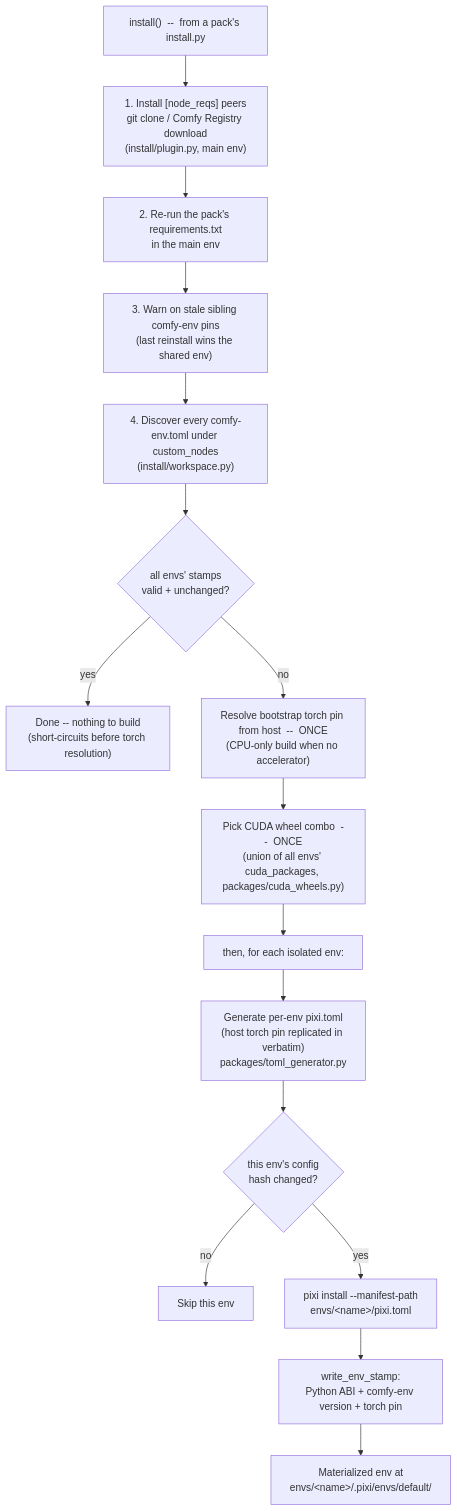
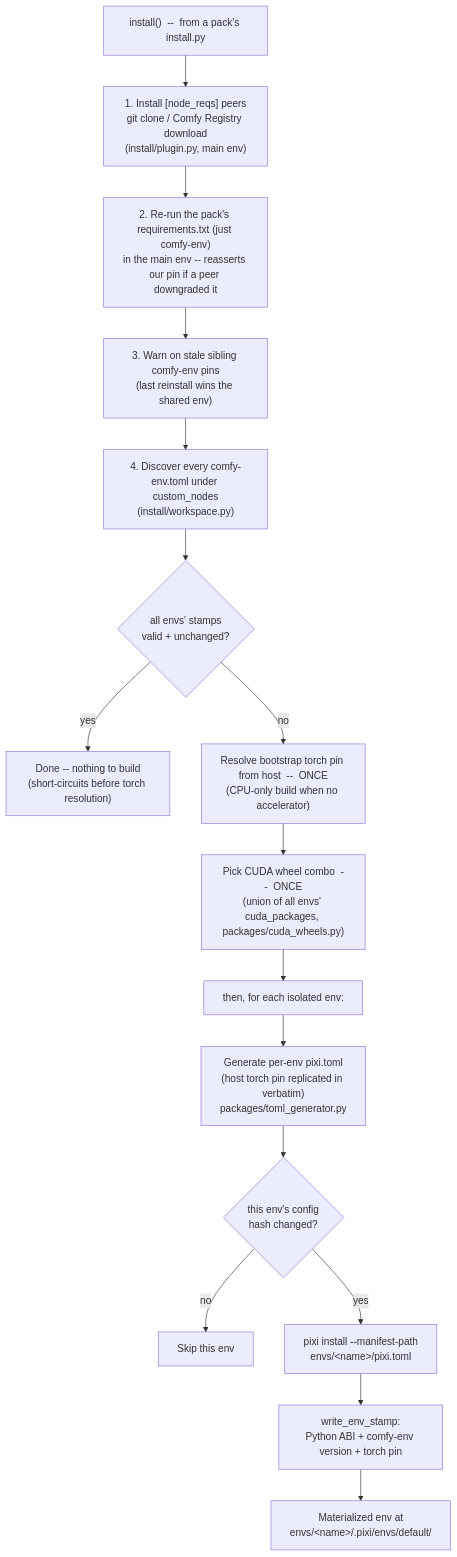
The third of 6 diagrams in docs/comfy-env/index.md (Comfy-Forge/comfy-forge-docs), drawn with Mermaid before and after one commit. The commit also changed 1 other file, not shown here.

Commit message:
docs: the pack's requirements.txt is just comfy-env (host-env principle)
Corrected the 'may have downgraded shared deps' framing: a comfy-env
pack's own requirements.txt is *only* comfy-env, so the re-run reasserts
this pack's comfy-env pin after a peer pack (pinning its own version) may
have downgraded it -- the ADR-0022 sibling-pin hazard, not generic shared
deps. Updated both install.md and the install() diagram label.

````diff
--- a/docs/comfy-env/index.md
+++ b/docs/comfy-env/index.md
@@ -437,19 +437,19 @@
 ```mermaid
 flowchart TD
     entry["install()  --  from a pack's install.py"]
     entry --> plugin["1. Install [node_reqs] peers<br/>git clone / Comfy Registry download<br/>(install/plugin.py, main env)"]
-    plugin --> reqs["2. Re-run the pack's requirements.txt<br/>in the main env"]
+    plugin --> reqs["2. Re-run the pack's requirements.txt (just comfy-env)<br/>in the main env -- reasserts our pin if a peer downgraded it"]
     reqs --> warn["3. Warn on stale sibling comfy-env pins<br/>(last reinstall wins the shared env)"]
     warn --> discover["4. Discover every comfy-env.toml under custom_nodes<br/>(install/workspace.py)"]
     discover --> allstamps{"all envs' stamps<br/>valid + unchanged?"}
     allstamps -->|"yes"| skipall["Done -- nothing to build<br/>(short-circuits before torch resolution)"]
     allstamps -->|"no"| torchpin["Resolve bootstrap torch pin from host  --  ONCE<br/>(CPU-only build when no accelerator)"]
     torchpin --> combo["Pick CUDA wheel combo  --  ONCE<br/>(union of all envs' cuda_packages, packages/cuda_wheels.py)"]
     combo --> perenv["then, for each isolated env:"]
     perenv --> gen["Generate per-env pixi.toml<br/>(host torch pin replicated in verbatim)<br/>packages/toml_generator.py"]
     gen --> hash{"this env's config<br/>hash changed?"}
     hash -->|"no"| skip["Skip this env"]
     hash -->|"yes"| pinstall["pixi install --manifest-path<br/>envs/&lt;name&gt;/pixi.toml"]
     pinstall --> stamp["write_env_stamp:<br/>Python ABI + comfy-env version + torch pin"]
     stamp --> done["Materialized env at<br/>envs/&lt;name&gt;/.pixi/envs/default/"]
 ```
````
